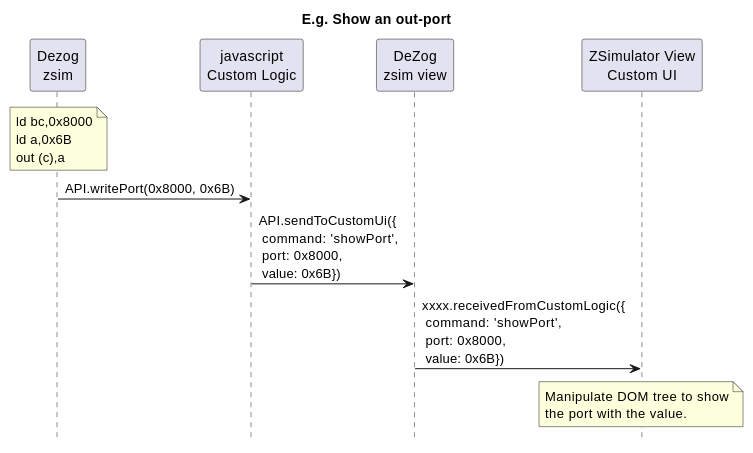
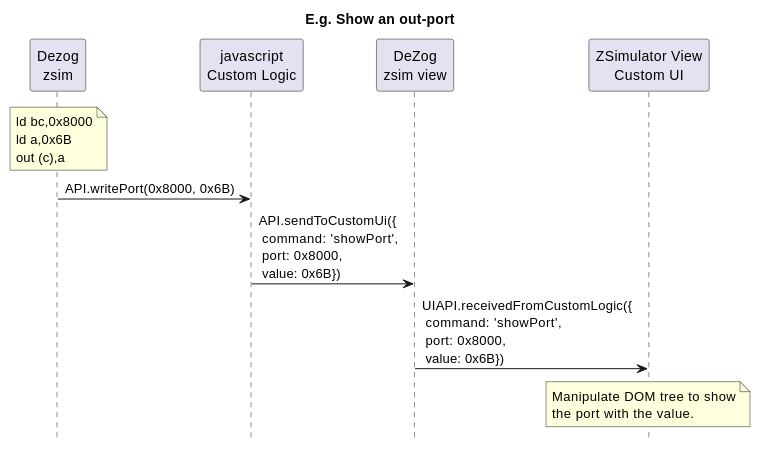
One commit to maziac/DeZog changed the seventh of 9 diagrams in documentation/zsimPeripherals.md. Above: the diagram before and after it, drawn with PlantUML. The commit also changed other lines of this file, not shown here.

Commit message:
Documentation for UIAPI.

```diff
--- a/documentation/zsimPeripherals.md
+++ b/documentation/zsimPeripherals.md
@@ -274,14 +274,14 @@
 ~~~puml
 hide footbox
 title E.g. Show an out-port
 participant zsim as "Dezog\nzsim"
 participant js as "javascript\nCustom Logic"
 participant dezog as "DeZog\nzsim view"
 participant ui as "ZSimulator View\nCustom UI"
 
 note over zsim: ld bc,0x8000\nld a,0x6B\nout (c),a
 zsim -> js: API.writePort(0x8000, 0x6B)
 js -> dezog: API.sendToCustomUi({\n command: 'showPort',\n port: 0x8000,\n value: 0x6B})
-dezog -> ui: xxxx.receivedFromCustomLogic({\n command: 'showPort',\n port: 0x8000,\n value: 0x6B})
+dezog -> ui: UIAPI.receivedFromCustomLogic({\n command: 'showPort',\n port: 0x8000,\n value: 0x6B})
 note over ui: Manipulate DOM tree to show\nthe port with the value.
 ~~~
```
